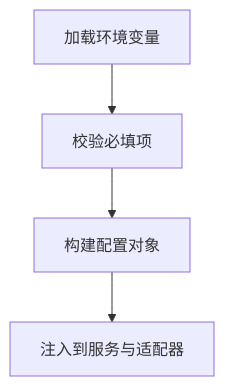
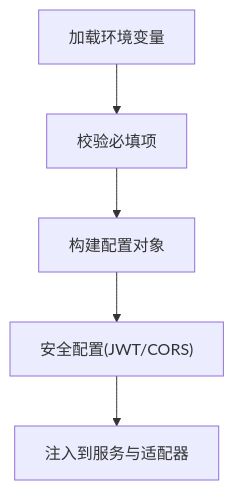
One commit to Maki3991/study-PactLedger changed the eighth of 10 diagrams in .qoder/repowiki/zh/content/核心组件/双服务器架构.md. Above: the diagram before and after it, drawn with Mermaid. The commit also changed other lines of this file and 15 other files, not shown here.

````diff
--- a/.qoder/repowiki/zh/content/核心组件/双服务器架构.md
+++ b/.qoder/repowiki/zh/content/核心组件/双服务器架构.md
@@ -351,6 +421,7 @@
 ```mermaid
 flowchart TD
 LoadEnv["加载环境变量"] --> Validate["校验必填项"]
 Validate --> BuildCfg["构建配置对象"]
-BuildCfg --> UseCfg["注入到服务与适配器"]
+BuildCfg --> SecurityCfg["安全配置(JWT/CORS)"]
+SecurityCfg --> UseCfg["注入到服务与适配器"]
 ```
````
